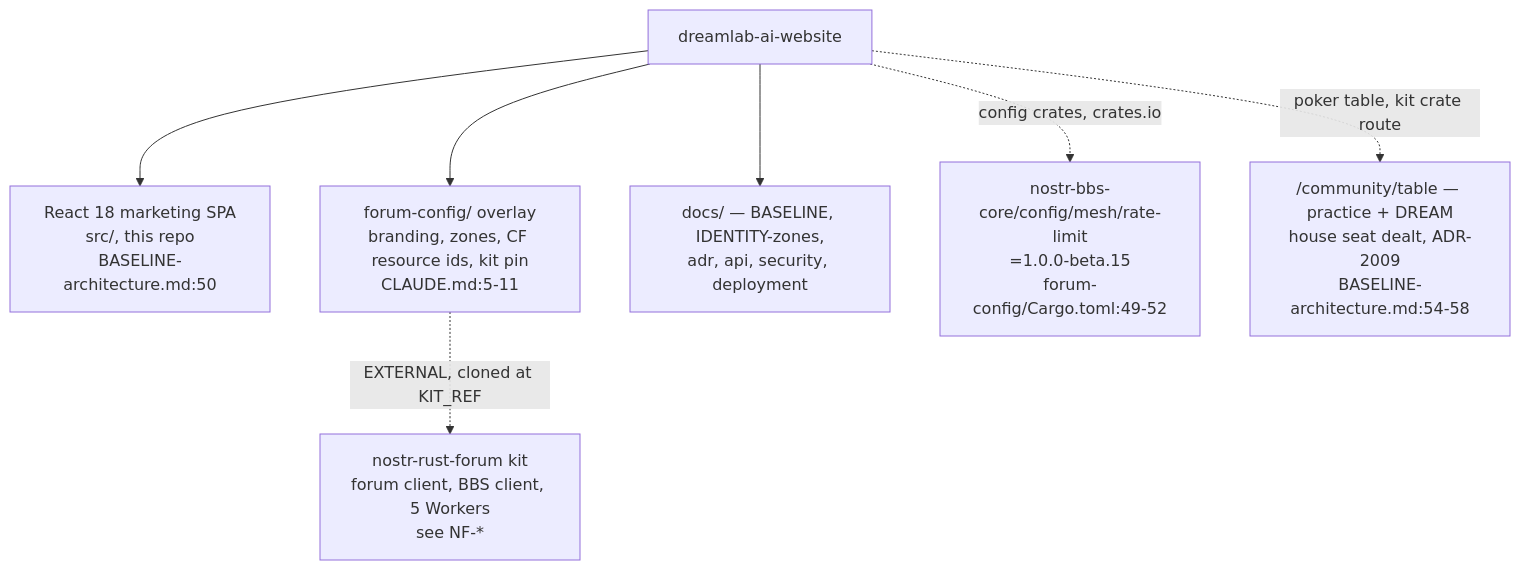
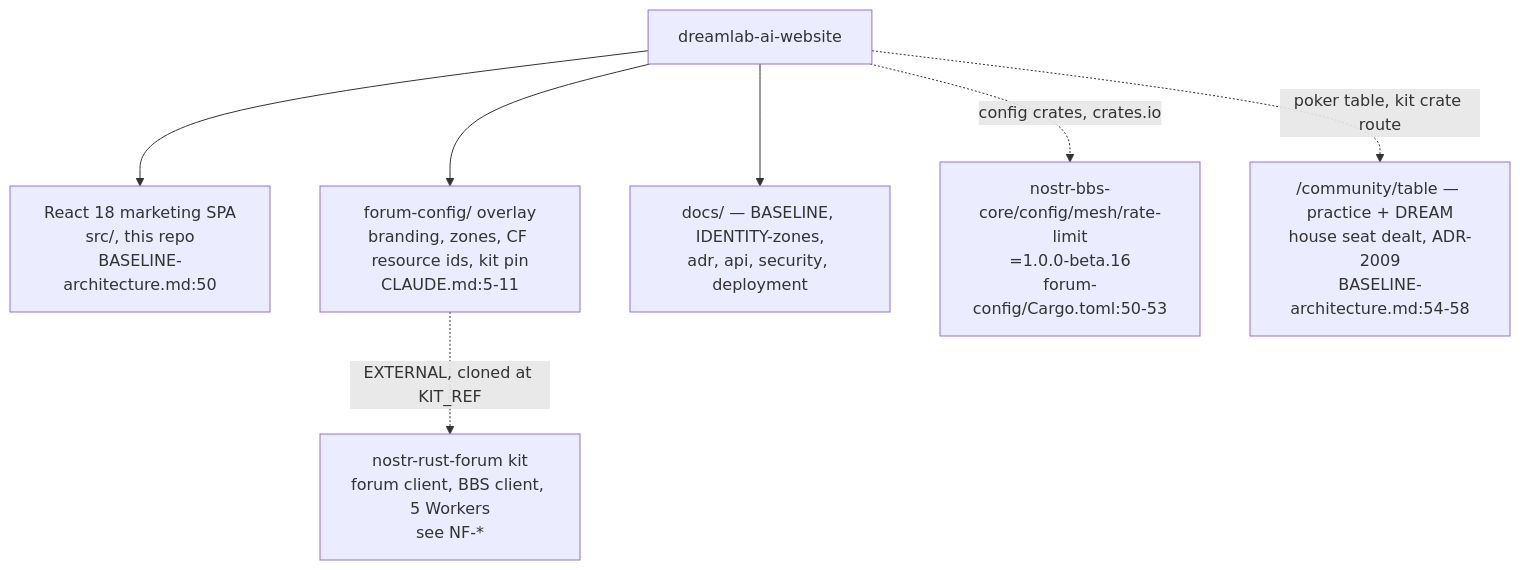
One commit to DreamLab-AI/VisionFlow changed the first of 7 diagrams in docs/diagrams/dreamlab-ai-website/01-repo-composition-and-deploy-topology.md. Above: the diagram before and after it, drawn with Mermaid. The commit also changed other lines of this file and 160 other files, not shown here.

````diff
--- a/docs/diagrams/dreamlab-ai-website/01-repo-composition-and-deploy-topology.md
+++ b/docs/diagrams/dreamlab-ai-website/01-repo-composition-and-deploy-topology.md
@@ -25,9 +25,9 @@
 ```mermaid
 flowchart TB
     REPO["dreamlab-ai-website"] --> REACT["React 18 marketing SPA<br/>src/, this repo<br/>BASELINE-architecture.md:50"]
     REPO --> FCFG["forum-config/ overlay<br/>branding, zones, CF resource ids, kit pin<br/>CLAUDE.md:5-11"]
     REPO --> DOCS["docs/ — BASELINE, IDENTITY-zones,<br/>adr, api, security, deployment"]
     FCFG -. "EXTERNAL, cloned at KIT_REF" .-> KIT["nostr-rust-forum kit<br/>forum client, BBS client, 5 Workers<br/>see NF-*"]
-    REPO -. "config crates, crates.io" .-> CRATES["nostr-bbs-core/config/mesh/rate-limit<br/>=1.0.0-beta.15<br/>forum-config/Cargo.toml:49-52"]
+    REPO -. "config crates, crates.io" .-> CRATES["nostr-bbs-core/config/mesh/rate-limit<br/>=1.0.0-beta.16<br/>forum-config/Cargo.toml:50-53"]
     REPO -. "poker table, kit crate route" .-> POKER["/community/table — practice + DREAM<br/>house seat dealt, ADR-2009<br/>BASELINE-architecture.md:54-58"]
 ```
````
